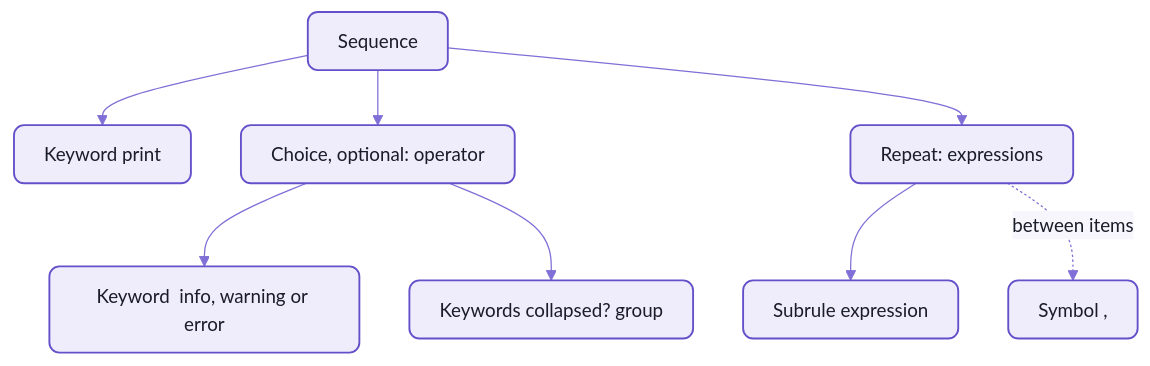
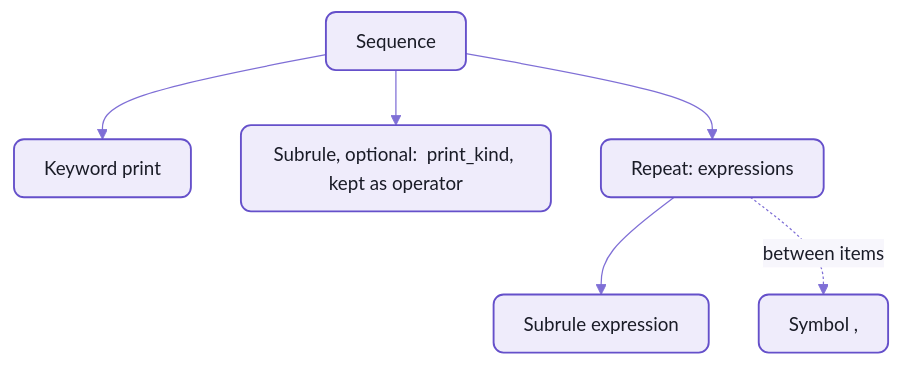
One commit to spell-app/spell changed the first of 2 diagrams in parser/README-rulex.md. Above: the diagram before and after it, drawn with Mermaid. The commit also changed other lines of this file and 9 other files, not shown here.

````diff
--- a/parser/README-rulex.md
+++ b/parser/README-rulex.md
@@ -37,13 +39,11 @@
 ```mermaid
 %%{init: {"theme":"base","themeVariables":{"fontFamily":"-apple-system, BlinkMacSystemFont, Segoe UI, Helvetica, Arial, sans-serif","fontSize":"15px","primaryColor":"#EFECFB","primaryBorderColor":"#6550CA","primaryTextColor":"#1A1C27","secondaryColor":"#F4F1E9","tertiaryColor":"#F7F6FC","lineColor":"#7F6FD6","textColor":"#7F6FD6","clusterBkg":"#F7F6FC","clusterBorder":"#B9B0E8","titleColor":"#1A1C27","edgeLabelBackground":"#F7F6FC","actorBkg":"#EFECFB","actorBorder":"#6550CA","actorTextColor":"#1A1C27","actorLineColor":"#9C90DE","signalColor":"#7F6FD6","signalTextColor":"#7F6FD6","labelBoxBkgColor":"#EFECFB","labelBoxBorderColor":"#6550CA","labelTextColor":"#1A1C27","loopTextColor":"#7F6FD6","noteBkgColor":"#F1E7D4","noteBorderColor":"#C9B48A","noteTextColor":"#1A1C27","activationBkgColor":"#DCD6F7","activationBorderColor":"#6550CA","sequenceNumberColor":"#FFFFFF"},"flowchart":{"curve":"basis","padding":12,"nodeSpacing":40,"rankSpacing":44}}}%%
 flowchart TD
   seq["Sequence"] --> print["Keyword  print"]
-  seq --> operator["Choice, optional:  operator"]
-  operator --> level["Keyword  info, warning or error"]
-  operator --> group["Keywords  collapsed? group"]
+  seq --> operator["Subrule, optional:  print_kind, kept as operator"]
   seq --> list["Repeat:  expressions"]
   list --> item["Subrule  expression"]
   list -. between items .-> comma["Symbol  ,"]
   %% the Spell look:  yarn mermaid:pretty
   classDef default fill:#EFECFB,stroke:#6550CA,stroke-width:1.5px,color:#1A1C27,rx:8px,ry:8px
 ```
````
